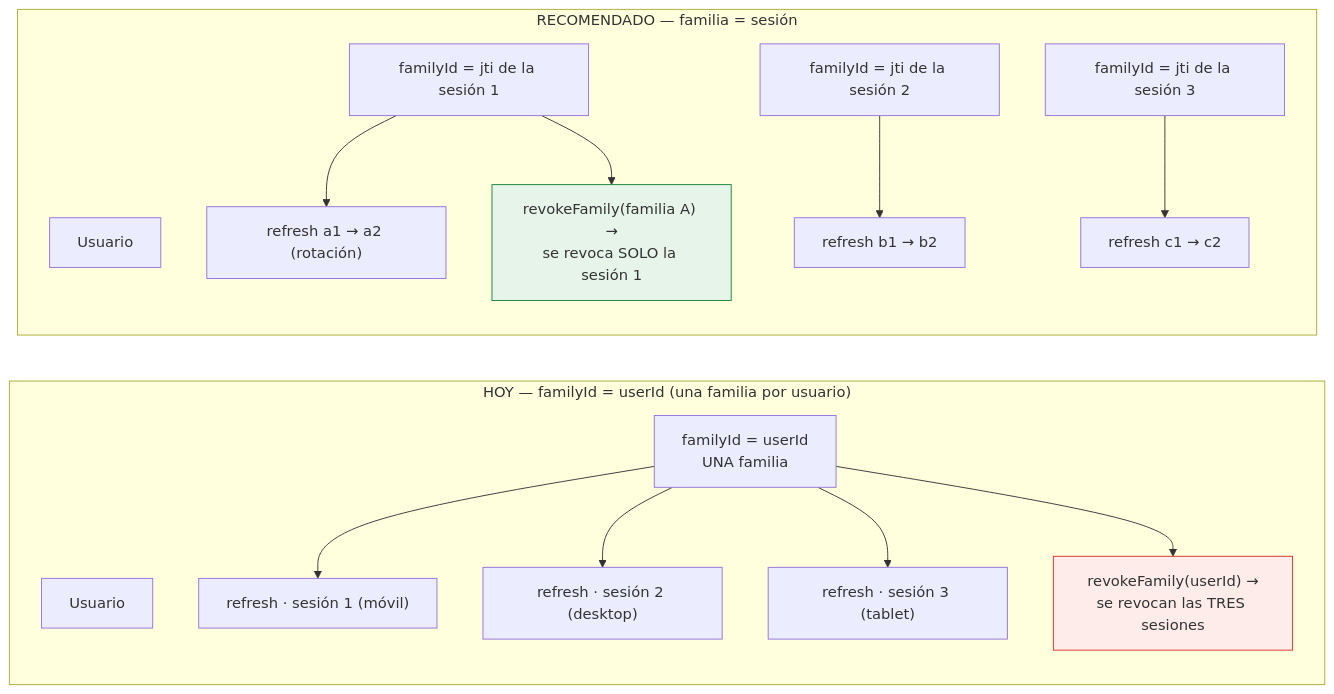
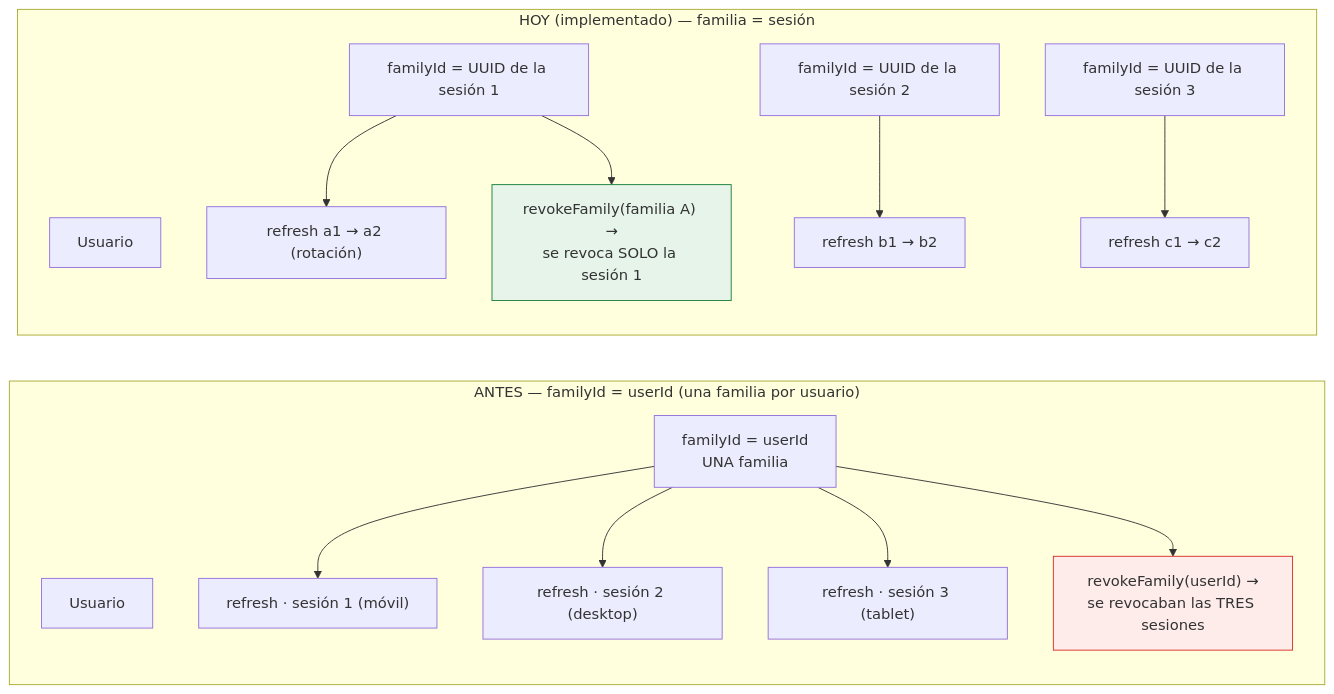
One commit to dpa70-dev/auth-api changed the diagram in docs/12-figura2-familias.mmd. Above: the diagram before and after it, drawn with Mermaid. The commit also changed 5 other files, not shown here.

Commit message:
docs(12): §12.1 como resuelta (familia = sesión) + cita de decisión 2 corregida en userRepository

```diff
--- a/docs/12-figura2-familias.mmd
+++ b/docs/12-figura2-familias.mmd
@@ -1,20 +1,20 @@
 flowchart LR
-    subgraph HOY["HOY — familyId = userId (una familia por usuario)"]
+    subgraph ANTES["ANTES — familyId = userId (una familia por usuario)"]
         direction TB
         U1["Usuario"]
         F1["familyId = userId<br/>UNA familia"]
         F1 --> T1["refresh · sesión 1 (móvil)"]
         F1 --> T2["refresh · sesión 2 (desktop)"]
         F1 --> T3["refresh · sesión 3 (tablet)"]
-        F1 --> X1["revokeFamily(userId) →<br/>se revocan las TRES sesiones"]:::risk
+        F1 --> X1["revokeFamily(userId) →<br/>se revocaban las TRES sesiones"]:::risk
     end
-    subgraph PROP["RECOMENDADO — familia = sesión"]
+    subgraph HOY["HOY (implementado) — familia = sesión"]
         direction TB
         U2["Usuario"]
-        FA["familyId = jti de la sesión 1"] --> R1["refresh a1 → a2 (rotación)"]
-        FB["familyId = jti de la sesión 2"] --> R2["refresh b1 → b2"]
-        FC["familyId = jti de la sesión 3"] --> R3["refresh c1 → c2"]
+        FA["familyId = UUID de la sesión 1"] --> R1["refresh a1 → a2 (rotación)"]
+        FB["familyId = UUID de la sesión 2"] --> R2["refresh b1 → b2"]
+        FC["familyId = UUID de la sesión 3"] --> R3["refresh c1 → c2"]
         FA --> X2["revokeFamily(familia A) →<br/>se revoca SOLO la sesión 1"]:::ok
     end
     classDef risk fill:#fdecea,stroke:#d93026
     classDef ok fill:#e6f4ea,stroke:#188038
```
